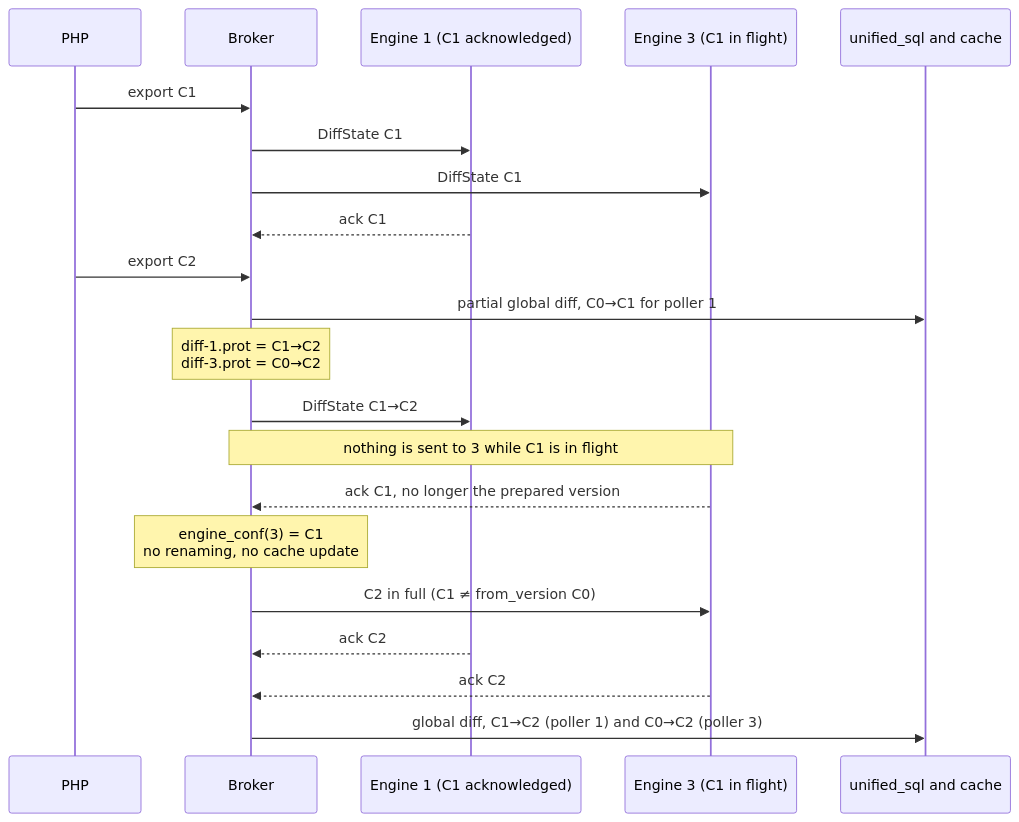
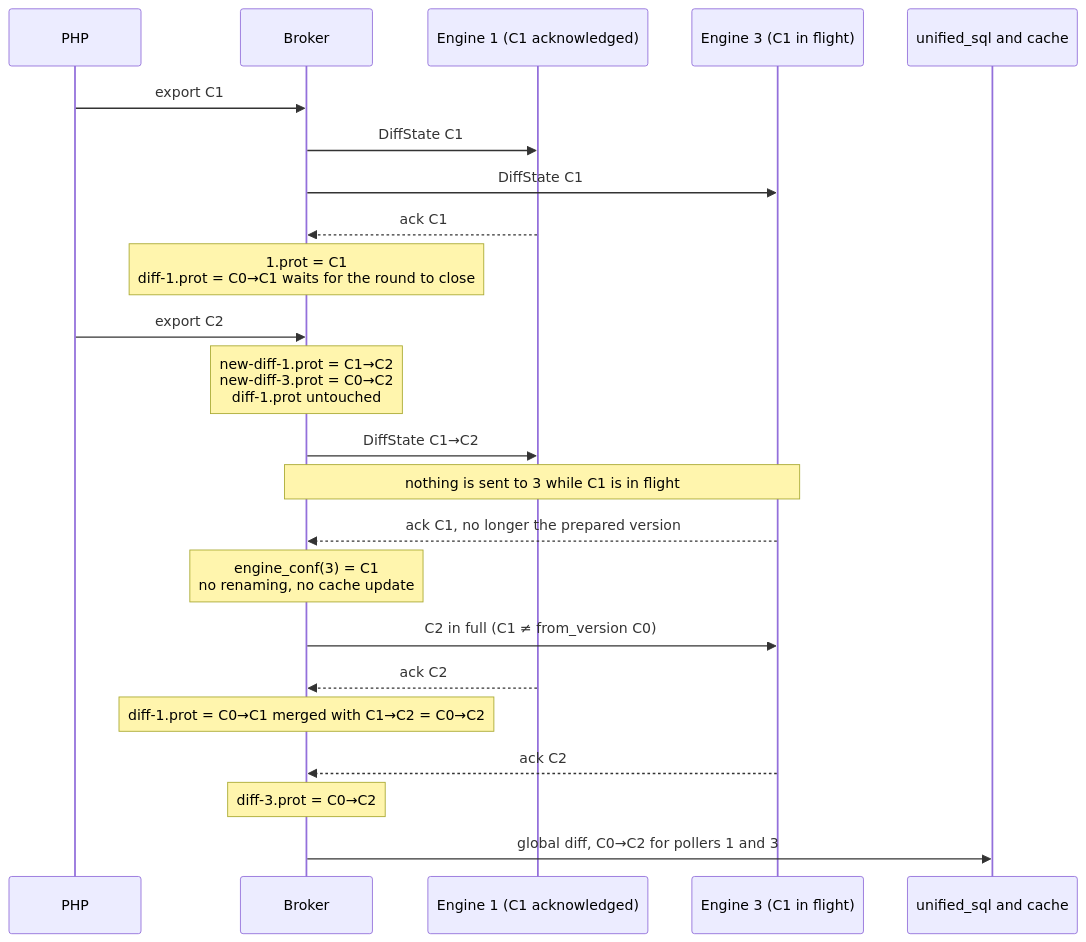
One commit to centreon/centreon-collect changed the second of 13 diagrams in doc/nego-engine-broker/02-configuration-delivery-en.md. Above: the diagram before and after it, drawn with Mermaid. The commit also changed other lines of this file and 7 other files, not shown here.

````diff
--- a/doc/nego-engine-broker/02-configuration-delivery-en.md
+++ b/doc/nego-engine-broker/02-configuration-delivery-en.md
@@ -219,24 +198,26 @@
 ```mermaid
 sequenceDiagram
     participant PHP
     participant B as Broker
     participant E1 as Engine 1 (C1 acknowledged)
     participant E3 as Engine 3 (C1 in flight)
     participant DB as unified_sql and cache
 
     PHP ->> B: export C1
     B ->> E1: DiffState C1
     B ->> E3: DiffState C1
     E1 -->> B: ack C1
+    Note over B: 1.prot = C1<br/>diff-1.prot = C0→C1 waits for the round to close
     PHP ->> B: export C2
-    B ->> DB: partial global diff, C0→C1 for poller 1
-    Note over B: diff-1.prot = C1→C2<br/>diff-3.prot = C0→C2
+    Note over B: new-diff-1.prot = C1→C2<br/>new-diff-3.prot = C0→C2<br/>diff-1.prot untouched
     B ->> E1: DiffState C1→C2
     Note over B,E3: nothing is sent to 3 while C1 is in flight
     E3 -->> B: ack C1, no longer the prepared version
     Note over B: engine_conf(3) = C1<br/>no renaming, no cache update
     B ->> E3: C2 in full (C1 ≠ from_version C0)
     E1 -->> B: ack C2
+    Note over B: diff-1.prot = C0→C1 merged with C1→C2 = C0→C2
     E3 -->> B: ack C2
-    B ->> DB: global diff, C1→C2 (poller 1) and C0→C2 (poller 3)
+    Note over B: diff-3.prot = C0→C2
+    B ->> DB: global diff, C0→C2 for pollers 1 and 3
 ```
````
